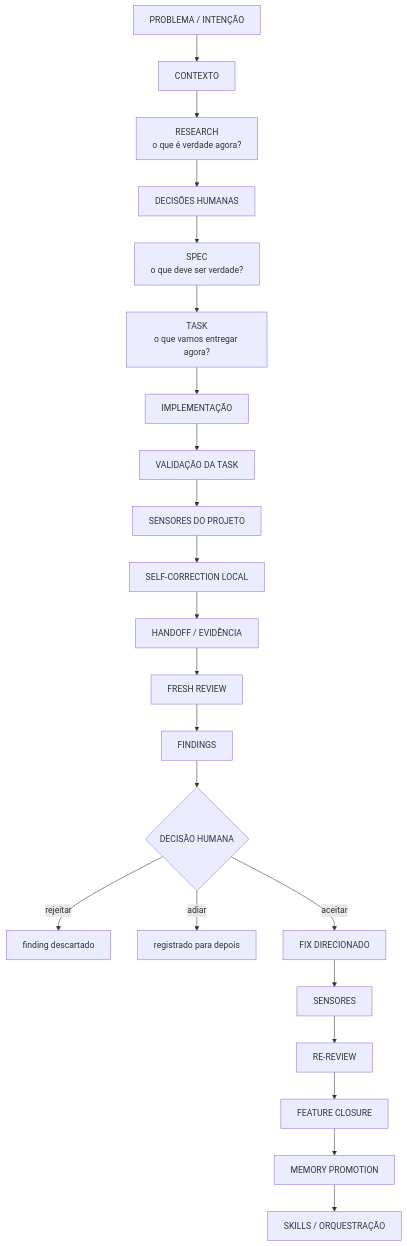
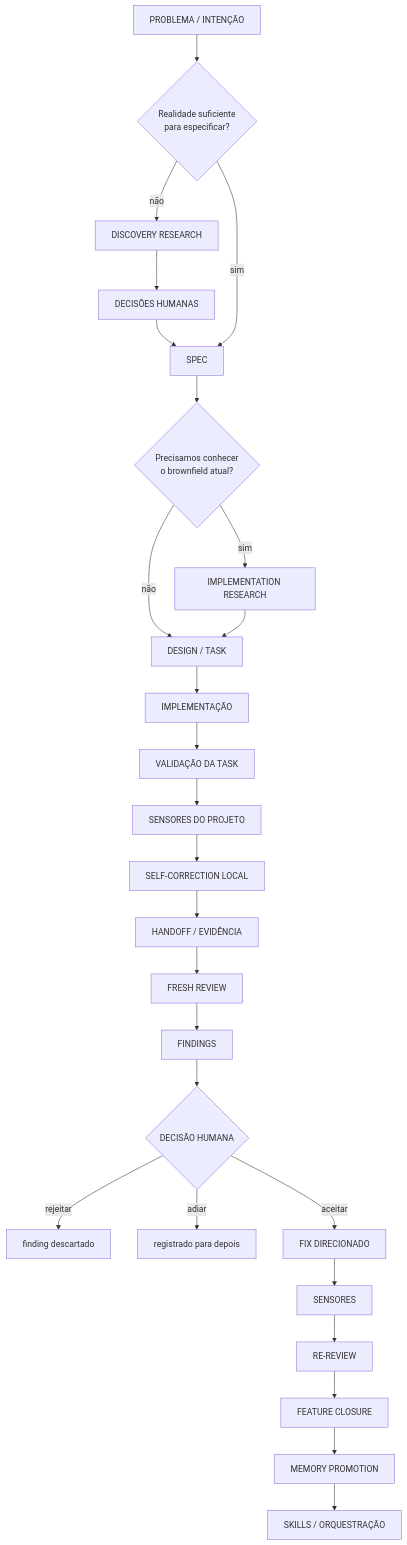
The first of 18 diagrams in docs/livro/09-estado-da-arte.md (Erick-Marinho/do-zero-ao-agente), drawn with Mermaid before and after one commit. The commit also changed other lines of this file and 13 other files, not shown here.

````diff
--- a/docs/livro/09-estado-da-arte.md
+++ b/docs/livro/09-estado-da-arte.md
@@ -22,24 +44,28 @@
 ```mermaid
 flowchart TD
-    A[PROBLEMA / INTENÇÃO] --> B[CONTEXTO]
-    B --> C["RESEARCH<br/>o que é verdade agora?"]
+    A[PROBLEMA / INTENÇÃO] --> B{Realidade suficiente<br/>para especificar?}
+    B -->|não| C[DISCOVERY RESEARCH]
     C --> D[DECISÕES HUMANAS]
-    D --> E["SPEC<br/>o que deve ser verdade?"]
-    E --> F["TASK<br/>o que vamos entregar agora?"]
+    D --> E[SPEC]
+    B -->|sim| E
+    E --> X{Precisamos conhecer<br/>o brownfield atual?}
+    X -->|sim| Y[IMPLEMENTATION RESEARCH]
+    X -->|não| F[DESIGN / TASK]
+    Y --> F
     F --> G[IMPLEMENTAÇÃO]
     G --> H[VALIDAÇÃO DA TASK]
     H --> I[SENSORES DO PROJETO]
     I --> J[SELF-CORRECTION LOCAL]
     J --> K[HANDOFF / EVIDÊNCIA]
     K --> L[FRESH REVIEW]
     L --> M[FINDINGS]
     M --> N{DECISÃO HUMANA}
     N -->|rejeitar| N1[finding descartado]
     N -->|adiar| N2[registrado para depois]
     N -->|aceitar| O[FIX DIRECIONADO]
     O --> P[SENSORES]
     P --> Q[RE-REVIEW]
     Q --> R[FEATURE CLOSURE]
     R --> S[MEMORY PROMOTION]
     S --> T[SKILLS / ORQUESTRAÇÃO]
 ```
````
